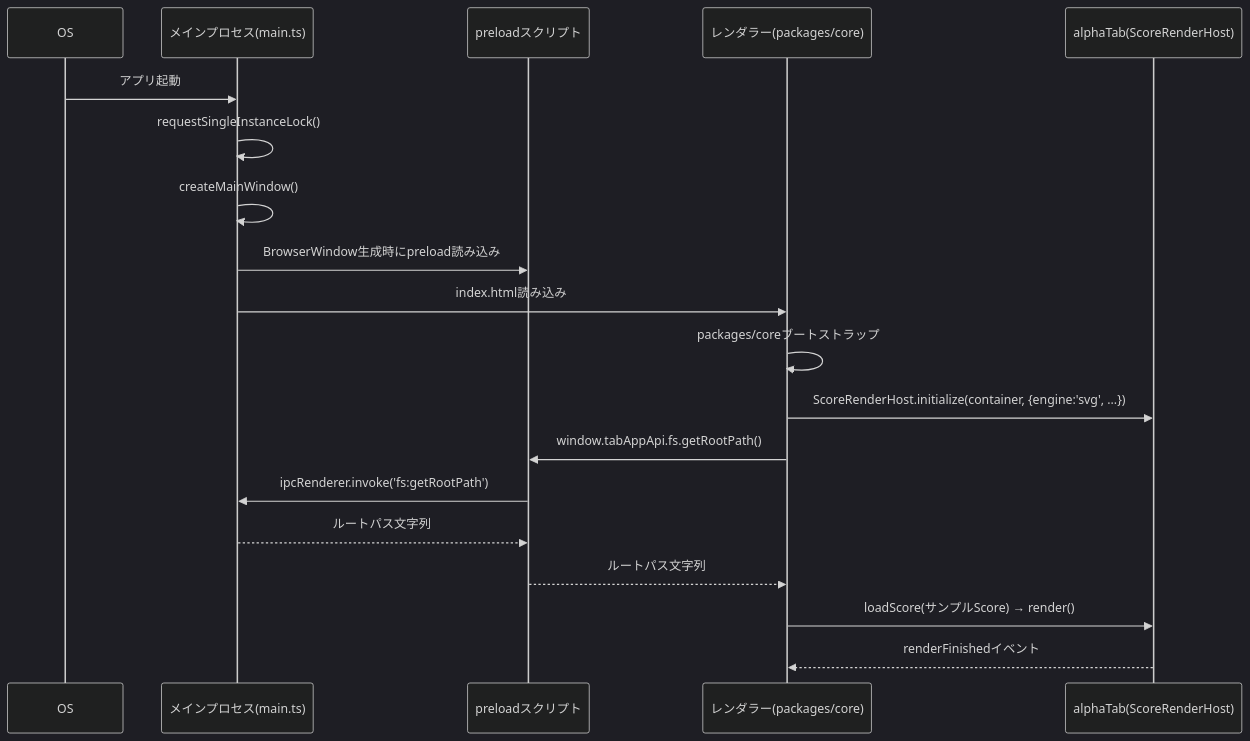
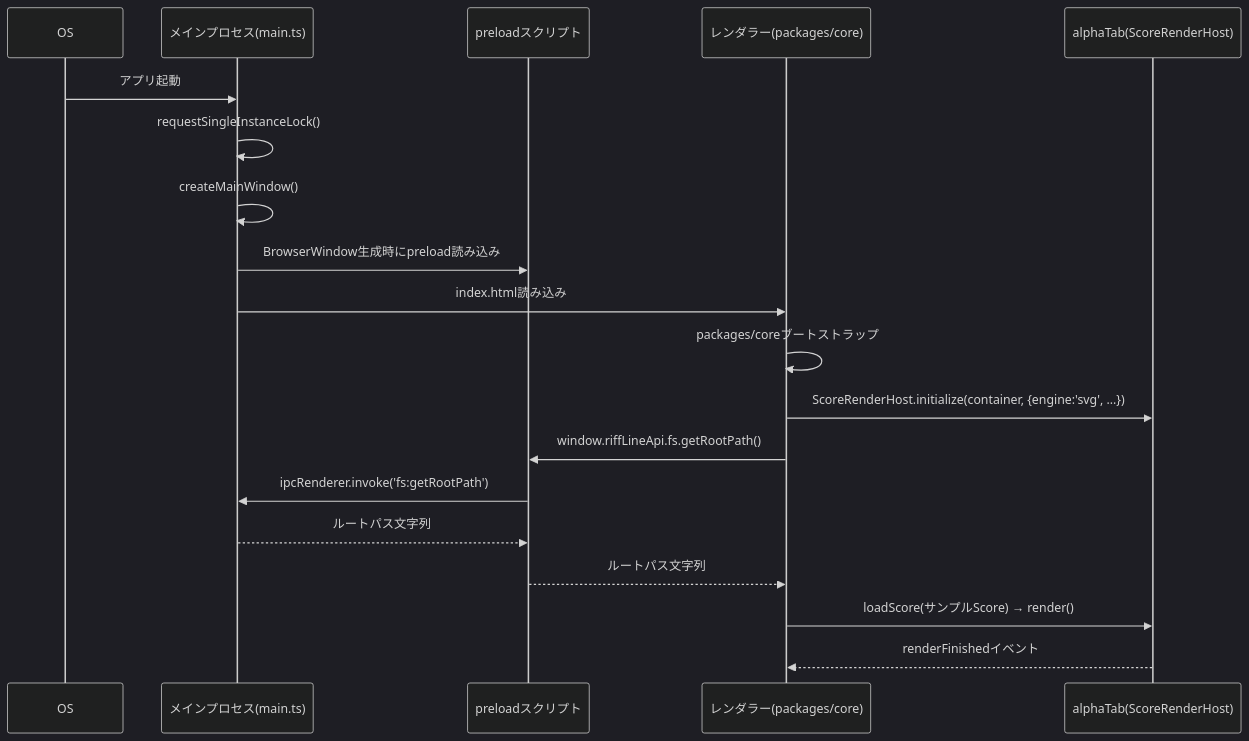
Before and after one commit to ippoooooshi/RiFF-LiNE: the diagram in docs/detailed_design/web-core-foundation.md, drawn with Mermaid (dark theme). The commit also changed other lines of this file and 77 other files, not shown here.

````diff
--- a/docs/detailed_design/web-core-foundation.md
+++ b/docs/detailed_design/web-core-foundation.md
@@ -119,22 +121,22 @@
 ```mermaid
 sequenceDiagram
     participant OS
     participant Main as メインプロセス(main.ts)
     participant Preload as preloadスクリプト
     participant Renderer as レンダラー(packages/core)
     participant AT as alphaTab(ScoreRenderHost)
 
     OS->>Main: アプリ起動
     Main->>Main: requestSingleInstanceLock()
     Main->>Main: createMainWindow()
     Main->>Preload: BrowserWindow生成時にpreload読み込み
     Main->>Renderer: index.html読み込み
     Renderer->>Renderer: packages/coreブートストラップ
     Renderer->>AT: ScoreRenderHost.initialize(container, {engine:'svg', ...})
-    Renderer->>Preload: window.tabAppApi.fs.getRootPath()
+    Renderer->>Preload: window.riffLineApi.fs.getRootPath()
     Preload->>Main: ipcRenderer.invoke('fs:getRootPath')
     Main-->>Preload: ルートパス文字列
     Preload-->>Renderer: ルートパス文字列
     Renderer->>AT: loadScore(サンプルScore) → render()
     AT-->>Renderer: renderFinishedイベント
 ```
````
